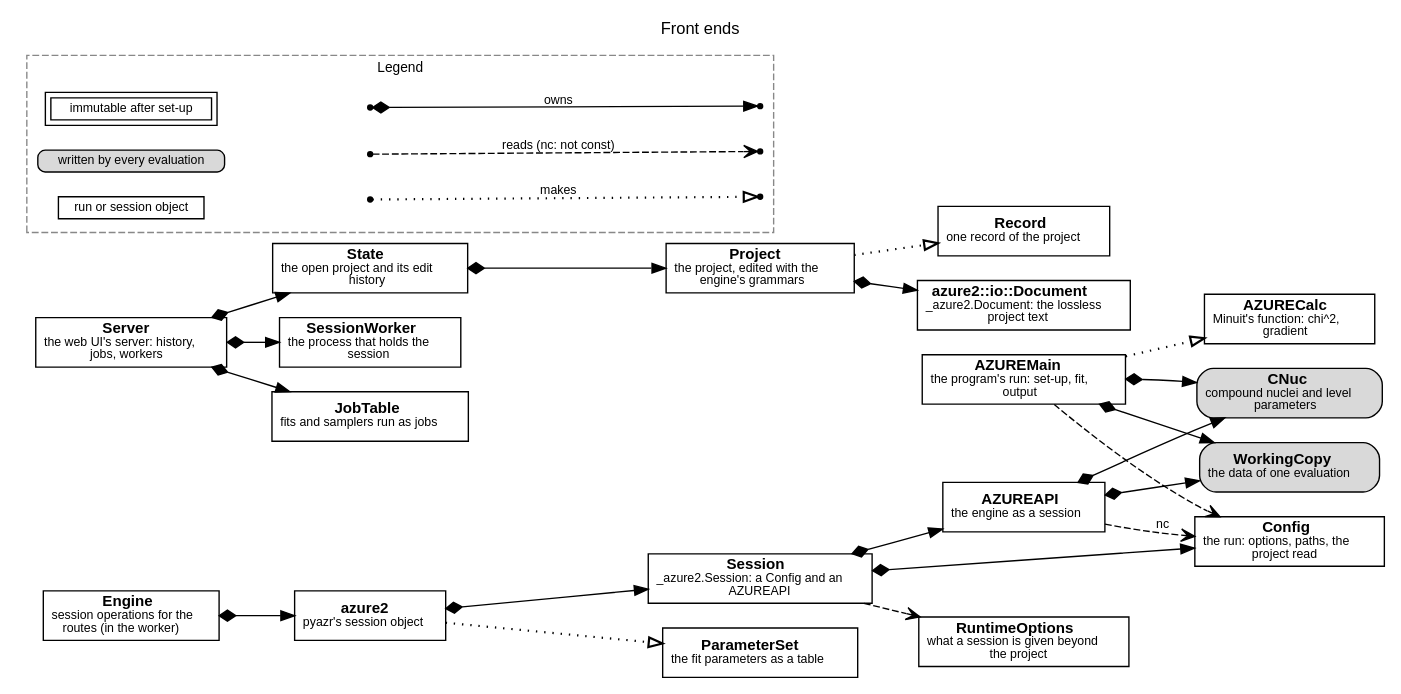
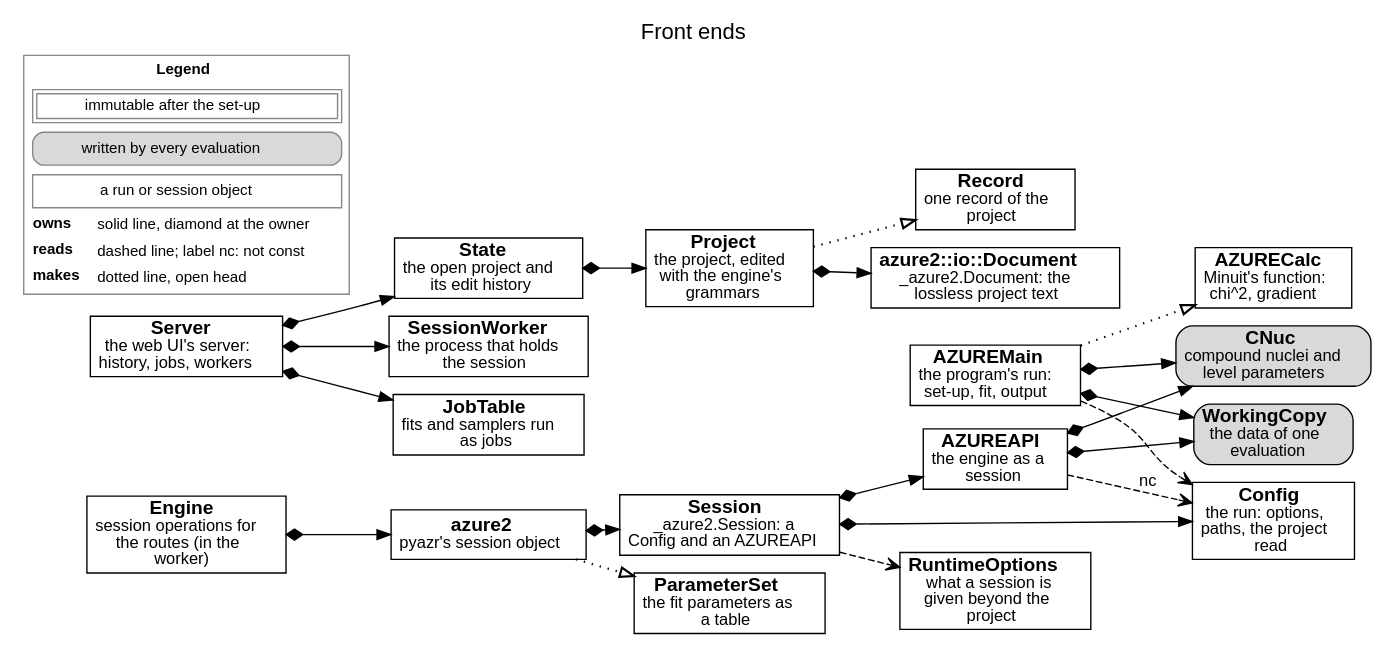
One commit to AZURE2DEV/AZURE2 changed the diagram in docs/source/developer/figures/frontends.dot. Above: the diagram before and after it, drawn with Graphviz. The commit also changed 11 other files, not shown here.

```diff
--- a/docs/source/developer/figures/frontends.dot
+++ b/docs/source/developer/figures/frontends.dot
@@ -1,56 +1,43 @@
 digraph frontends {
-  graph [rankdir=LR, fontname="Helvetica", fontsize=12, labelloc=t, label="Front ends", nodesep=0.25, ranksep=0.45, newrank=true];
-  node [fontname="Helvetica", fontsize=11, margin="0.08,0.04"];
-  edge [fontname="Helvetica", fontsize=9];
-  n_AZUREMain [label=<<b>AZUREMain</b><br/><font point-size="9">the program&#x27;s run: set-up, fit,<br/>output</font>>, shape=box, style="filled", fillcolor="white"];
-  n_Config [label=<<b>Config</b><br/><font point-size="9">the run: options, paths, the<br/>project read</font>>, shape=box, style="filled", fillcolor="white"];
-  n_CNuc [label=<<b>CNuc</b><br/><font point-size="9">compound nuclei and level<br/>parameters</font>>, shape=box, style="rounded,filled", fillcolor="#d9d9d9"];
-  n_WorkingCopy [label=<<b>WorkingCopy</b><br/><font point-size="9">the data of one evaluation</font>>, shape=box, style="rounded,filled", fillcolor="#d9d9d9"];
-  n_AZURECalc [label=<<b>AZURECalc</b><br/><font point-size="9">Minuit&#x27;s function: chi^2,<br/>gradient</font>>, shape=box, style="filled", fillcolor="white"];
-  n_AZUREAPI [label=<<b>AZUREAPI</b><br/><font point-size="9">the engine as a session</font>>, shape=box, style="filled", fillcolor="white"];
-  n_Session [label=<<b>Session</b><br/><font point-size="9">_azure2.Session: a Config and an<br/>AZUREAPI</font>>, shape=box, style="filled", fillcolor="white"];
-  n_RuntimeOptions [label=<<b>RuntimeOptions</b><br/><font point-size="9">what a session is given beyond<br/>the project</font>>, shape=box, style="filled", fillcolor="white"];
-  n_azure2 [label=<<b>azure2</b><br/><font point-size="9">pyazr&#x27;s session object</font>>, shape=box, style="filled", fillcolor="white"];
-  n_ParameterSet [label=<<b>ParameterSet</b><br/><font point-size="9">the fit parameters as a table</font>>, shape=box, style="filled", fillcolor="white"];
-  n_Project [label=<<b>Project</b><br/><font point-size="9">the project, edited with the<br/>engine&#x27;s grammars</font>>, shape=box, style="filled", fillcolor="white"];
-  n_Record [label=<<b>Record</b><br/><font point-size="9">one record of the project</font>>, shape=box, style="filled", fillcolor="white"];
-  n_azure2__io__Document [label=<<b>azure2::io::Document</b><br/><font point-size="9">_azure2.Document: the lossless<br/>project text</font>>, shape=box, style="filled", fillcolor="white"];
-  n_Server [label=<<b>Server</b><br/><font point-size="9">the web UI&#x27;s server: history,<br/>jobs, workers</font>>, shape=box, style="filled", fillcolor="white"];
-  n_State [label=<<b>State</b><br/><font point-size="9">the open project and its edit<br/>history</font>>, shape=box, style="filled", fillcolor="white"];
-  n_SessionWorker [label=<<b>SessionWorker</b><br/><font point-size="9">the process that holds the<br/>session</font>>, shape=box, style="filled", fillcolor="white"];
-  n_Engine [label=<<b>Engine</b><br/><font point-size="9">session operations for the<br/>routes (in the worker)</font>>, shape=box, style="filled", fillcolor="white"];
-  n_JobTable [label=<<b>JobTable</b><br/><font point-size="9">fits and samplers run as jobs</font>>, shape=box, style="filled", fillcolor="white"];
+  graph [rankdir=LR, fontname="Helvetica", fontsize=16, labelloc=t, label="Front ends", nodesep=0.18, ranksep=0.3, newrank=true];
+  node [fontname="Helvetica", fontsize=14, margin="0.08,0.04"];
+  edge [fontname="Helvetica", fontsize=12];
+  n_AZUREMain [label=<<b>AZUREMain</b><br/><font point-size="12">the program&#x27;s run:<br/>set-up, fit, output</font>>, shape=box, style="filled", fillcolor="white"];
+  n_Config [label=<<b>Config</b><br/><font point-size="12">the run: options,<br/>paths, the project<br/>read</font>>, shape=box, style="filled", fillcolor="white"];
+  n_CNuc [label=<<b>CNuc</b><br/><font point-size="12">compound nuclei and<br/>level parameters</font>>, shape=box, style="rounded,filled", fillcolor="#d9d9d9"];
+  n_WorkingCopy [label=<<b>WorkingCopy</b><br/><font point-size="12">the data of one<br/>evaluation</font>>, shape=box, style="rounded,filled", fillcolor="#d9d9d9"];
+  n_AZURECalc [label=<<b>AZURECalc</b><br/><font point-size="12">Minuit&#x27;s function:<br/>chi^2, gradient</font>>, shape=box, style="filled", fillcolor="white"];
+  n_AZUREAPI [label=<<b>AZUREAPI</b><br/><font point-size="12">the engine as a<br/>session</font>>, shape=box, style="filled", fillcolor="white"];
+  n_Session [label=<<b>Session</b><br/><font point-size="12">_azure2.Session: a<br/>Config and an AZUREAPI</font>>, shape=box, style="filled", fillcolor="white"];
+  n_RuntimeOptions [label=<<b>RuntimeOptions</b><br/><font point-size="12">what a session is<br/>given beyond the<br/>project</font>>, shape=box, style="filled", fillcolor="white"];
+  n_azure2 [label=<<b>azure2</b><br/><font point-size="12">pyazr&#x27;s session object</font>>, shape=box, style="filled", fillcolor="white"];
+  n_ParameterSet [label=<<b>ParameterSet</b><br/><font point-size="12">the fit parameters as<br/>a table</font>>, shape=box, style="filled", fillcolor="white"];
+  n_Project [label=<<b>Project</b><br/><font point-size="12">the project, edited<br/>with the engine&#x27;s<br/>grammars</font>>, shape=box, style="filled", fillcolor="white"];
+  n_Record [label=<<b>Record</b><br/><font point-size="12">one record of the<br/>project</font>>, shape=box, style="filled", fillcolor="white"];
+  n_azure2__io__Document [label=<<b>azure2::io::Document</b><br/><font point-size="12">_azure2.Document: the<br/>lossless project text</font>>, shape=box, style="filled", fillcolor="white"];
+  n_Server [label=<<b>Server</b><br/><font point-size="12">the web UI&#x27;s server:<br/>history, jobs, workers</font>>, shape=box, style="filled", fillcolor="white"];
+  n_State [label=<<b>State</b><br/><font point-size="12">the open project and<br/>its edit history</font>>, shape=box, style="filled", fillcolor="white"];
+  n_SessionWorker [label=<<b>SessionWorker</b><br/><font point-size="12">the process that holds<br/>the session</font>>, shape=box, style="filled", fillcolor="white"];
+  n_Engine [label=<<b>Engine</b><br/><font point-size="12">session operations for<br/>the routes (in the<br/>worker)</font>>, shape=box, style="filled", fillcolor="white"];
+  n_JobTable [label=<<b>JobTable</b><br/><font point-size="12">fits and samplers run<br/>as jobs</font>>, shape=box, style="filled", fillcolor="white"];
   n_AZUREMain -> n_Config [style=dashed, arrowhead=vee];
   n_AZUREMain -> n_CNuc [style=solid, dir=both, arrowtail=diamond, arrowhead=normal];
   n_AZUREMain -> n_WorkingCopy [style=solid, dir=both, arrowtail=diamond, arrowhead=normal];
   n_AZUREMain -> n_AZURECalc [style=dotted, penwidth=1.6, arrowhead=empty];
   n_AZUREAPI -> n_Config [style=dashed, arrowhead=vee, label=" nc"];
   n_AZUREAPI -> n_CNuc [style=solid, dir=both, arrowtail=diamond, arrowhead=normal];
   n_AZUREAPI -> n_WorkingCopy [style=solid, dir=both, arrowtail=diamond, arrowhead=normal];
   n_Session -> n_Config [style=solid, dir=both, arrowtail=diamond, arrowhead=normal];
   n_Session -> n_AZUREAPI [style=solid, dir=both, arrowtail=diamond, arrowhead=normal];
   n_Session -> n_RuntimeOptions [style=dashed, arrowhead=vee];
   n_azure2 -> n_Session [style=solid, dir=both, arrowtail=diamond, arrowhead=normal];
   n_azure2 -> n_ParameterSet [style=dotted, penwidth=1.6, arrowhead=empty];
   n_Project -> n_azure2__io__Document [style=solid, dir=both, arrowtail=diamond, arrowhead=normal];
   n_Project -> n_Record [style=dotted, penwidth=1.6, arrowhead=empty];
   n_State -> n_Project [style=solid, dir=both, arrowtail=diamond, arrowhead=normal];
   n_Server -> n_State [style=solid, dir=both, arrowtail=diamond, arrowhead=normal];
   n_Server -> n_SessionWorker [style=solid, dir=both, arrowtail=diamond, arrowhead=normal];
   n_Server -> n_JobTable [style=solid, dir=both, arrowtail=diamond, arrowhead=normal];
   n_Engine -> n_azure2 [style=solid, dir=both, arrowtail=diamond, arrowhead=normal];
-  subgraph cluster_legend {
-    label="Legend"; fontsize=10; style=dashed; color="#888888";
-    node [fontname="Helvetica", fontsize=9, width=0.2, height=0.2];
-    l_imm [label="immutable after set-up", shape=box, peripheries=2, style="filled", fillcolor="white"];
-    l_ev [label="written by every evaluation", shape=box, style="rounded,filled", fillcolor="#d9d9d9"];
-    l_run [label="run or session object", shape=box, style="filled", fillcolor="white"];
-    l1 [shape=point, width=0.05]; l2 [shape=point, width=0.05]; l3 [shape=point, width=0.05];
-    l4 [shape=point, width=0.05]; l5 [shape=point, width=0.05]; l6 [shape=point, width=0.05];
-    l1 -> l2 [style=solid, dir=both, arrowtail=diamond, arrowhead=normal, label=" owns", fontsize=9, fontname="Helvetica"];
-    l3 -> l4 [style=dashed, arrowhead=vee, label=" reads (nc: not const)", fontsize=9, fontname="Helvetica"];
-    l5 -> l6 [style=dotted, penwidth=1.6, arrowhead=empty, label=" makes", fontsize=9, fontname="Helvetica"];
-    {rank=same; l_imm; l_ev; l_run;}
-    l_imm -> l1 [style=invis]; l_ev -> l3 [style=invis]; l_run -> l5 [style=invis];
-  }
+  legend [shape=plaintext, fontsize=11, label=<<TABLE BORDER="1" CELLBORDER="0" CELLSPACING="3" COLOR="#888888"><TR><TD COLSPAN="2"><B>Legend</B></TD></TR><TR><TD COLSPAN="2"><TABLE BORDER="1" CELLBORDER="1" CELLSPACING="2" CELLPADDING="2"><TR><TD>immutable after the set-up</TD></TR></TABLE></TD></TR><TR><TD COLSPAN="2"><TABLE BORDER="1" CELLBORDER="0" CELLPADDING="3" STYLE="rounded" BGCOLOR="#d9d9d9"><TR><TD>written by every evaluation</TD></TR></TABLE></TD></TR><TR><TD COLSPAN="2"><TABLE BORDER="1" CELLBORDER="0" CELLPADDING="3" ><TR><TD>a run or session object</TD></TR></TABLE></TD></TR><TR><TD ALIGN="LEFT"><B>owns</B></TD><TD ALIGN="LEFT">solid line, diamond at the owner</TD></TR><TR><TD ALIGN="LEFT"><B>reads</B></TD><TD ALIGN="LEFT">dashed line; label nc: not const</TD></TR><TR><TD ALIGN="LEFT"><B>makes</B></TD><TD ALIGN="LEFT">dotted line, open head</TD></TR></TABLE>>];
 }
```
